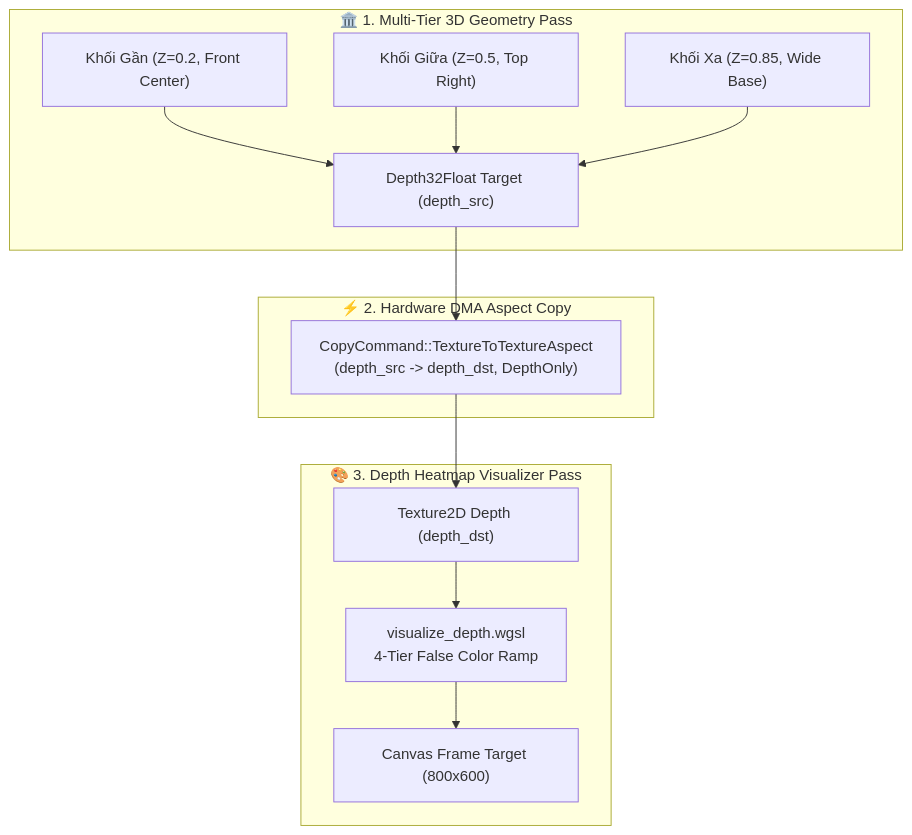
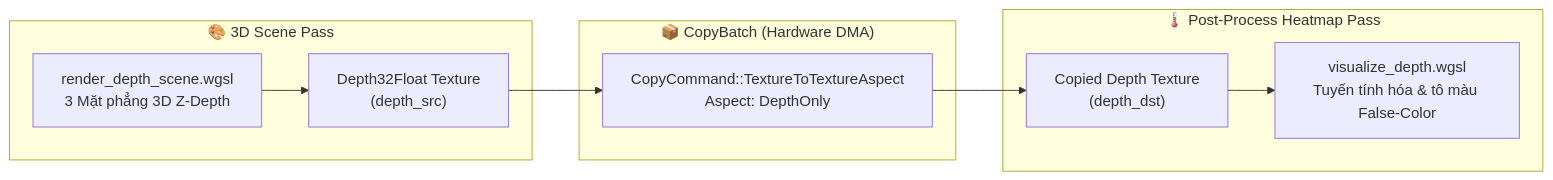
One commit to danphong23/ifol-animation changed the diagram in crates/ifol-gpu/tests/reports/tc103_depth_aspect_copy_report.md. Above: the diagram before and after it, drawn with Mermaid. The commit also changed other lines of this file and 110 other files, not shown here.

````diff
--- a/crates/ifol-gpu/tests/reports/tc103_depth_aspect_copy_report.md
+++ b/crates/ifol-gpu/tests/reports/tc103_depth_aspect_copy_report.md
@@ -22,28 +23,20 @@
 ```mermaid
-flowchart TD
-    subgraph Scene_3D["🏛️ 1. Multi-Tier 3D Geometry Pass"]
-        NEAR["Khối Gần (Z=0.2, Front Center)"]
-        MID["Khối Giữa (Z=0.5, Top Right)"]
-        FAR["Khối Xa (Z=0.85, Wide Base)"]
-        DEPTH_TEX["Depth32Float Target (depth_src)"]
-        
-        NEAR --> DEPTH_TEX
-        MID --> DEPTH_TEX
-        FAR --> DEPTH_TEX
+flowchart LR
+    subgraph Scene_Pass["🎨 3D Scene Pass"]
+        MESH["render_depth_scene.wgsl<br/>3 Mặt phẳng 3D Z-Depth"]
+        DEPTH_SRC["Depth32Float Texture<br/>(depth_src)"]
+        MESH --> DEPTH_SRC
     end
 
-    subgraph DMA_Aspect["⚡ 2. Hardware DMA Aspect Copy"]
-        DMA["CopyCommand::TextureToTextureAspect<br/>(depth_src -> depth_dst, DepthOnly)"]
-        DEPTH_TEX --> DMA
+    subgraph DMA_Aspect["📦 CopyBatch (Hardware DMA)"]
+        DMA["CopyCommand::TextureToTextureAspect<br/>Aspect: DepthOnly"]
+        DEPTH_SRC --> DMA
     end
 
-    subgraph Post_Process["🎨 3. Depth Heatmap Visualizer Pass"]
-        DEPTH_DST["Texture2D Depth (depth_dst)"]
-        VIS_SHADER["visualize_depth.wgsl<br/>4-Tier False Color Ramp"]
-        FINAL_CANVAS["Canvas Frame Target (800x600)"]
-        
+    subgraph Post_Process["🌡️ Post-Process Heatmap Pass"]
+        DEPTH_DST["Copied Depth Texture<br/>(depth_dst)"]
+        HEATMAP["visualize_depth.wgsl<br/>Tuyến tính hóa & tô màu False-Color"]
         DMA --> DEPTH_DST
-        DEPTH_DST --> VIS_SHADER
-        VIS_SHADER --> FINAL_CANVAS
+        DEPTH_DST --> HEATMAP
     end
 ```
````
